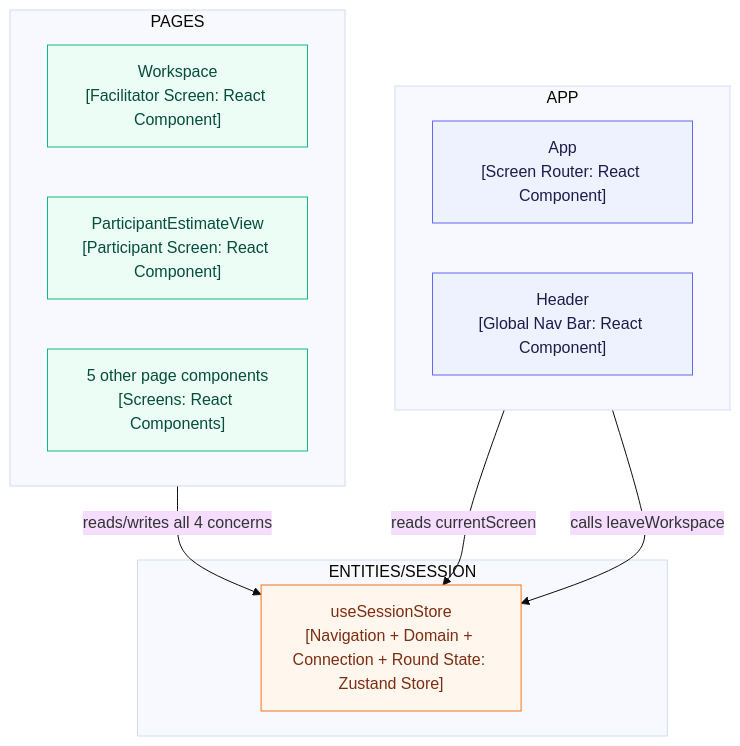
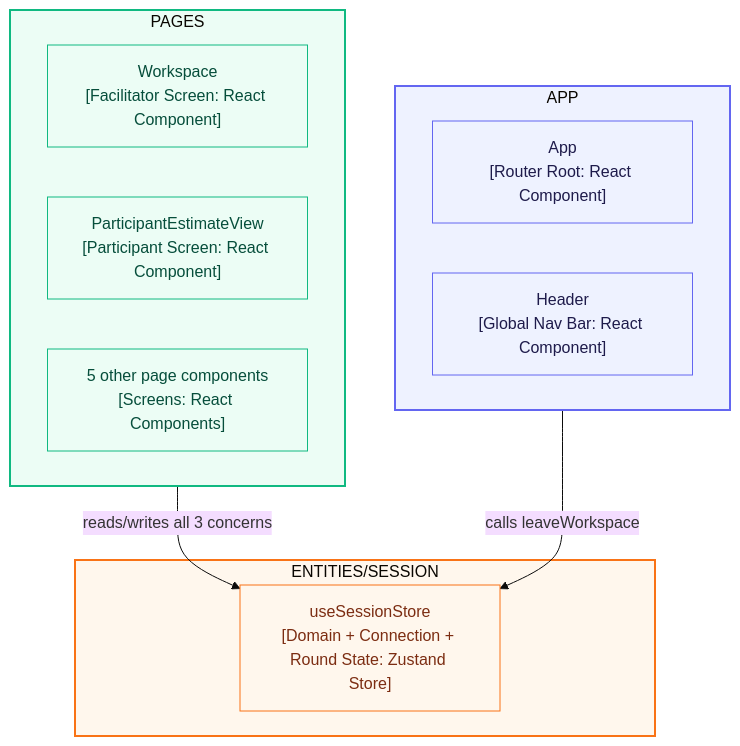
The first of 3 diagrams in docs/adr/005-session-store-decomposition.md (cfisch3r/estimate), drawn with Mermaid (base theme) before and after one commit. The commit also changed other lines of this file and 4 other files, not shown here.

````diff
--- a/docs/adr/005-session-store-decomposition.md
+++ b/docs/adr/005-session-store-decomposition.md
@@ -33,36 +37,32 @@
 ```mermaid
 flowchart TB
   subgraph APP["APP"]
     direction LR
-    AppShell["App
-[Screen Router: React Component]"]
-    Header["Header
-[Global Nav Bar: React Component]"]
+    AppShell["App<br/>[Router Root: React Component]"]
+    Header["Header<br/>[Global Nav Bar: React Component]"]
   end
 
   subgraph PAGES["PAGES"]
     direction LR
-    Workspace["Workspace
-[Facilitator Screen: React Component]"]
-    Participant["ParticipantEstimateView
-[Participant Screen: React Component]"]
-    OtherPages["5 other page components
-[Screens: React Components]"]
+    Workspace["Workspace<br/>[Facilitator Screen: React Component]"]
+    Participant["ParticipantEstimateView<br/>[Participant Screen: React Component]"]
+    OtherPages["5 other page components<br/>[Screens: React Components]"]
   end
 
   subgraph SESSION["ENTITIES/SESSION"]
-    Store["useSessionStore
-[Navigation + Domain + Connection + Round State: Zustand Store]"]
+    Store["useSessionStore<br/>[Domain + Connection + Round State: Zustand Store]"]
   end
 
-  AppShell -->|reads currentScreen| Store
   Header -->|calls leaveWorkspace| Store
-  PAGES -->|reads/writes all 4 concerns| Store
+  PAGES -->|reads/writes all 3 concerns| Store
 
   classDef app fill:#eef2ff,stroke:#6366f1,color:#1e1b4b
   classDef pages fill:#ecfdf5,stroke:#10b981,color:#064e3b
   classDef session fill:#fff7ed,stroke:#f97316,color:#7c2d12
   class AppShell,Header app
   class Workspace,Participant,OtherPages pages
   class Store session
+  style APP fill:#eef2ff,stroke:#6366f1,stroke-width:2px
+  style PAGES fill:#ecfdf5,stroke:#10b981,stroke-width:2px
+  style SESSION fill:#fff7ed,stroke:#f97316,stroke-width:2px
 ```
````
